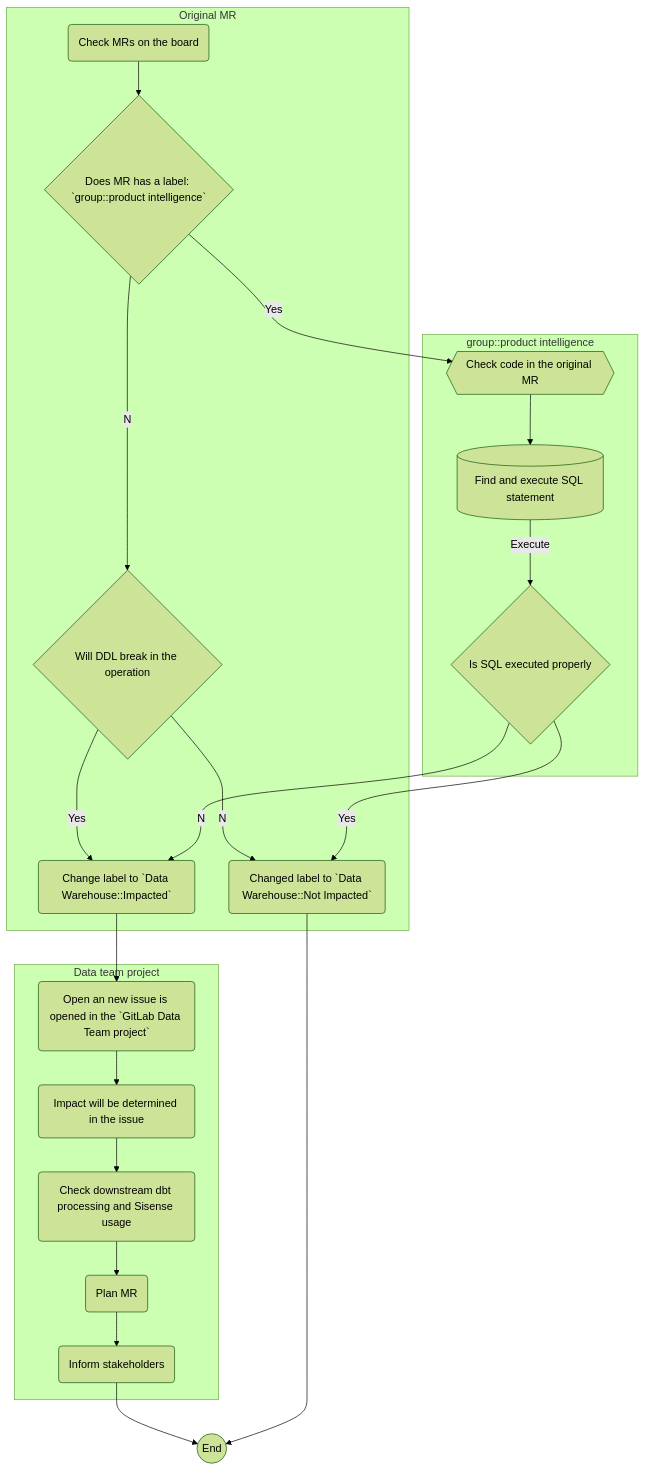
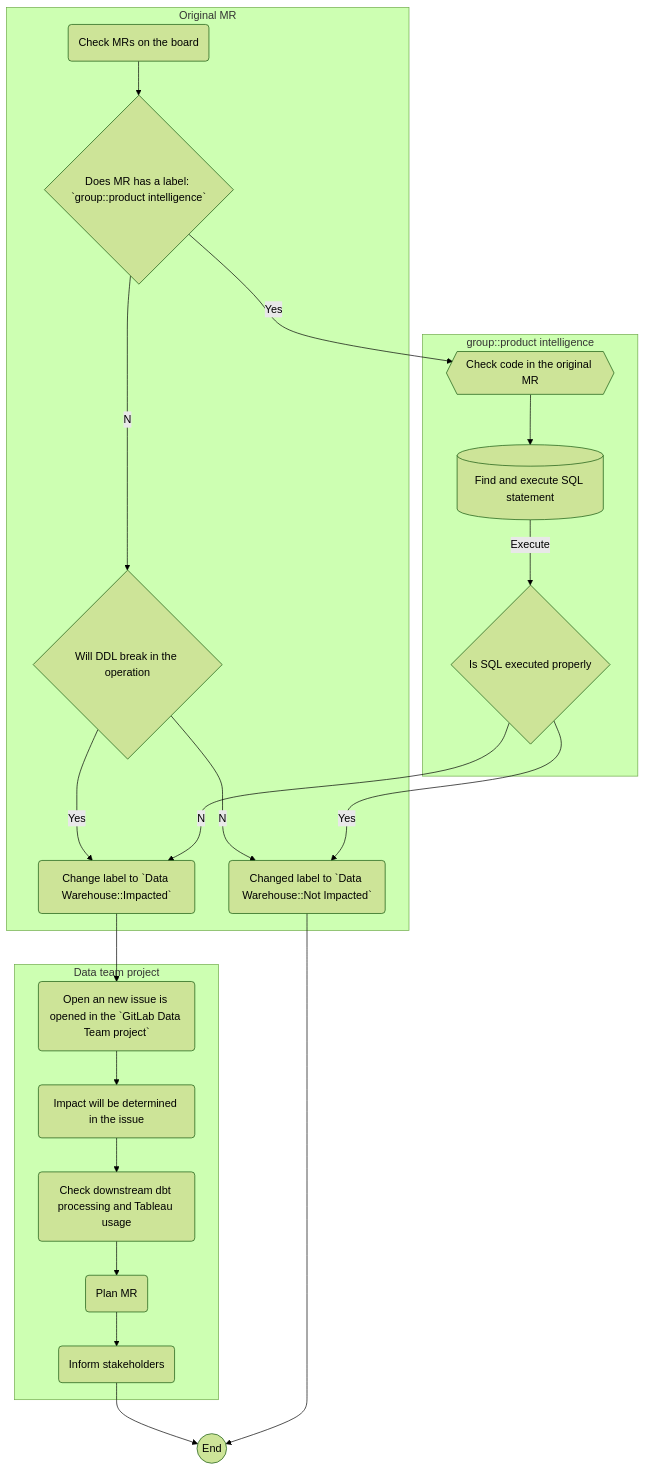
Before and after one commit to secretstartups/handbook: the diagram in content/handbook/business-technology/data-team/how-we-work/triage.md, drawn with Mermaid (forest theme). The commit also changed other lines of this file and 26 other files, not shown here.

Commit message:
Update BT and data team Public Handbook Pages that have a hyperlink to a Sisense chart

````diff
--- a/content/handbook/business-technology/data-team/how-we-work/triage.md
+++ b/content/handbook/business-technology/data-team/how-we-work/triage.md
@@ -258,31 +258,31 @@
 ```mermaid
 flowchart TD
     subgraph "Original MR"
        CHECK_BOARD
        ADDITIONAL_LABEL
        CLABEL
        CHANGE_LABEL_I
        CHECK_DDL
     end 
     CHECK_BOARD(Check MRs on the board) --> ADDITIONAL_LABEL{Does MR has a label: `group::product intelligence`}
     ADDITIONAL_LABEL --Yes--> CHECK_ORIGINAL_ISSUE_PI{{Check code in the original MR}}
     ADDITIONAL_LABEL --No--> CHECK_DDL{Will DDL break in the operation}
     CHECK_DDL --Yes--> CHANGE_LABEL_I(Change label to `Data Warehouse::Impacted`)
     CHECK_DDL --No-->CLABEL(Changed label to `Data Warehouse::Not Impacted`)
     CHANGE_LABEL_I-->OI(Open an new issue is opened in the `GitLab Data Team project`)
     subgraph "Data team project" 
        OI-->IM(Impact will be determined in the issue)
-       IM-->CHECK(Check downstream dbt processing and Sisense usage)
+       IM-->CHECK(Check downstream dbt processing and Tableau usage)
        CHECK-->PL(Plan MR)
        PL-->INFORM(Inform stakeholders)
     end
     INFORM-->END((End))
     CLABEL-->END
     OK_SQL--Yes-->CLABEL
     OK_SQL--No-->CHANGE_LABEL_I
     subgraph "group::product intelligence" 
         CHECK_ORIGINAL_ISSUE_PI -->SQL[(Find and execute SQL statement)]
         SQL--Execute-->OK_SQL{Is SQL executed properly}
 
     end
 ```
````
